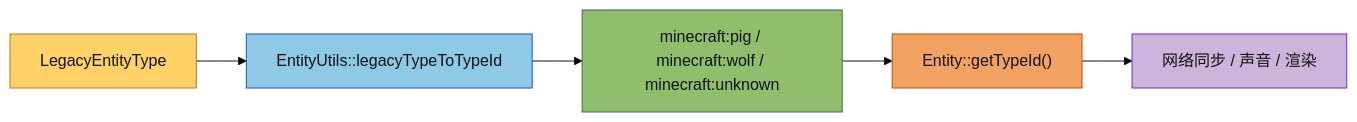
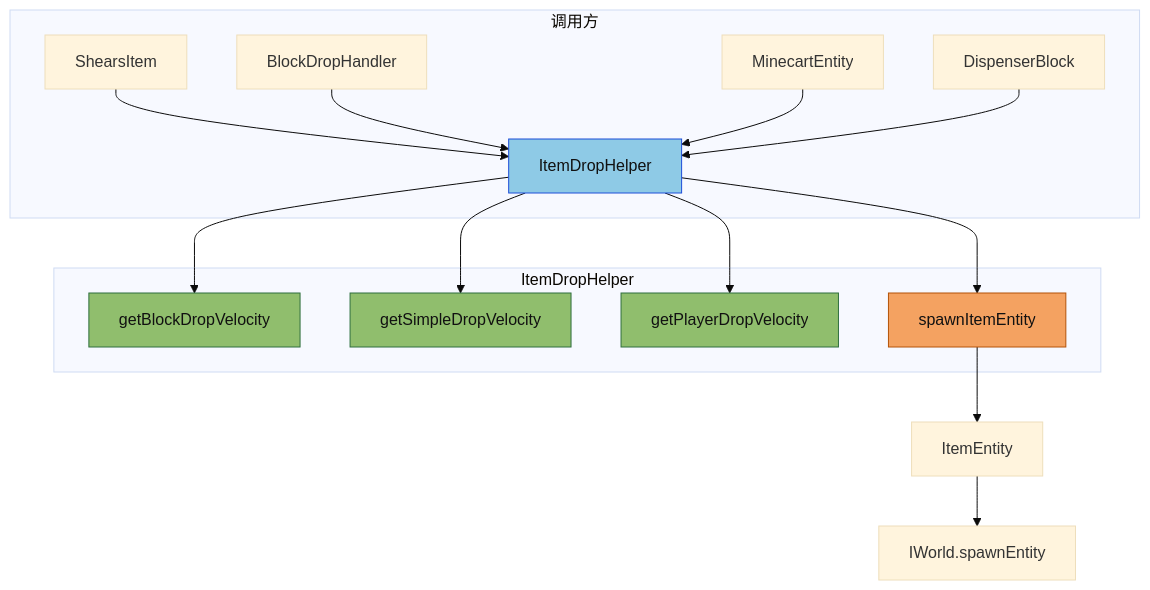
Before and after one commit to g122622/Cubium: the diagram in src/common/entity/utils/README.md, drawn with Mermaid (base theme). The commit also changed other lines of this file and 6 other files, not shown here.

First line of the commit message:
feat(entity): 添加 ItemDropHelper 工具类统一物品掉落逻辑

````diff
--- a/src/common/entity/utils/README.md
+++ b/src/common/entity/utils/README.md
@@ -67,13 +202,25 @@
 ```mermaid
-flowchart LR
-    Legacy["LegacyEntityType"] --> Map["EntityUtils::legacyTypeToTypeId"]
-    Map --> TypeId["minecraft:pig / minecraft:wolf / minecraft:unknown"]
-    TypeId --> Entity["Entity::getTypeId()"]
-    Entity --> Net["网络同步 / 声音 / 渲染"]
+flowchart TB
+    subgraph 调用方
+        A[ShearsItem] --> B[ItemDropHelper]
+        C[BlockDropHandler] --> B
+        D[MinecartEntity] --> B
+        E[DispenserBlock] --> B
+    end
 
-    style Legacy fill:#ffd166,stroke:#b7791f,color:#111
-    style Map fill:#8ecae6,stroke:#1d4ed8,color:#111
-    style TypeId fill:#90be6d,stroke:#2f6f3e,color:#111
-    style Entity fill:#f4a261,stroke:#b45309,color:#111
-    style Net fill:#cdb4db,stroke:#6d28d9,color:#111
+    subgraph ItemDropHelper
+        B --> F[getBlockDropVelocity]
+        B --> G[getSimpleDropVelocity]
+        B --> H[getPlayerDropVelocity]
+        B --> I[spawnItemEntity]
+    end
+
+    I --> J[ItemEntity]
+    J --> K[IWorld.spawnEntity]
+
+    style B fill:#8ecae6,stroke:#1d4ed8,color:#111
+    style F fill:#90be6d,stroke:#2f6f3e,color:#111
+    style G fill:#90be6d,stroke:#2f6f3e,color:#111
+    style H fill:#90be6d,stroke:#2f6f3e,color:#111
+    style I fill:#f4a261,stroke:#b45309,color:#111
 ```
````
